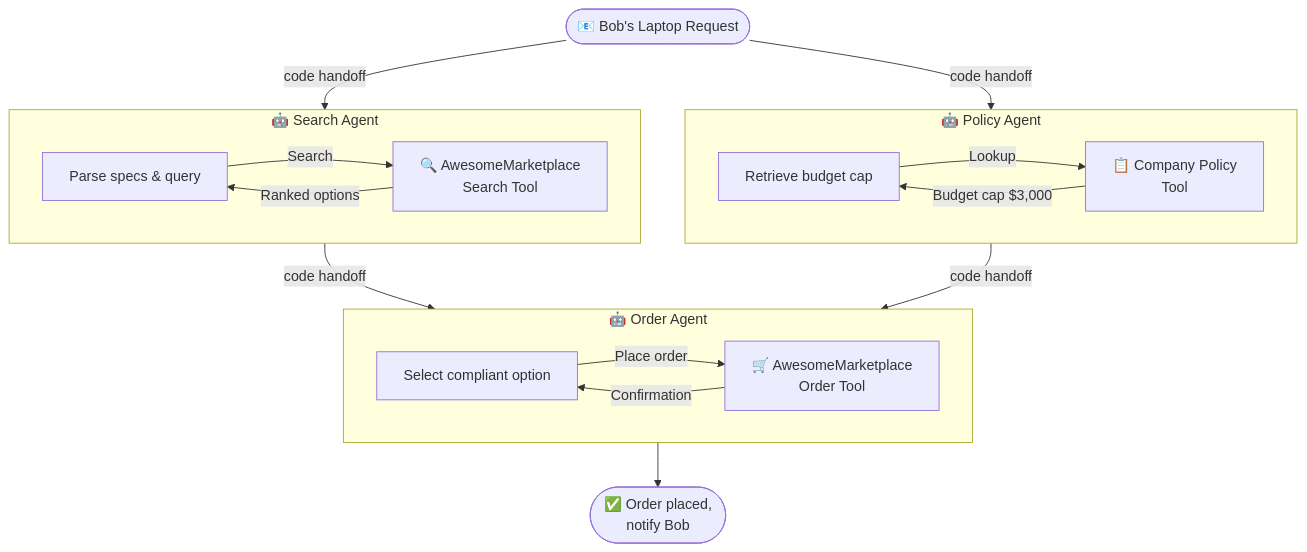
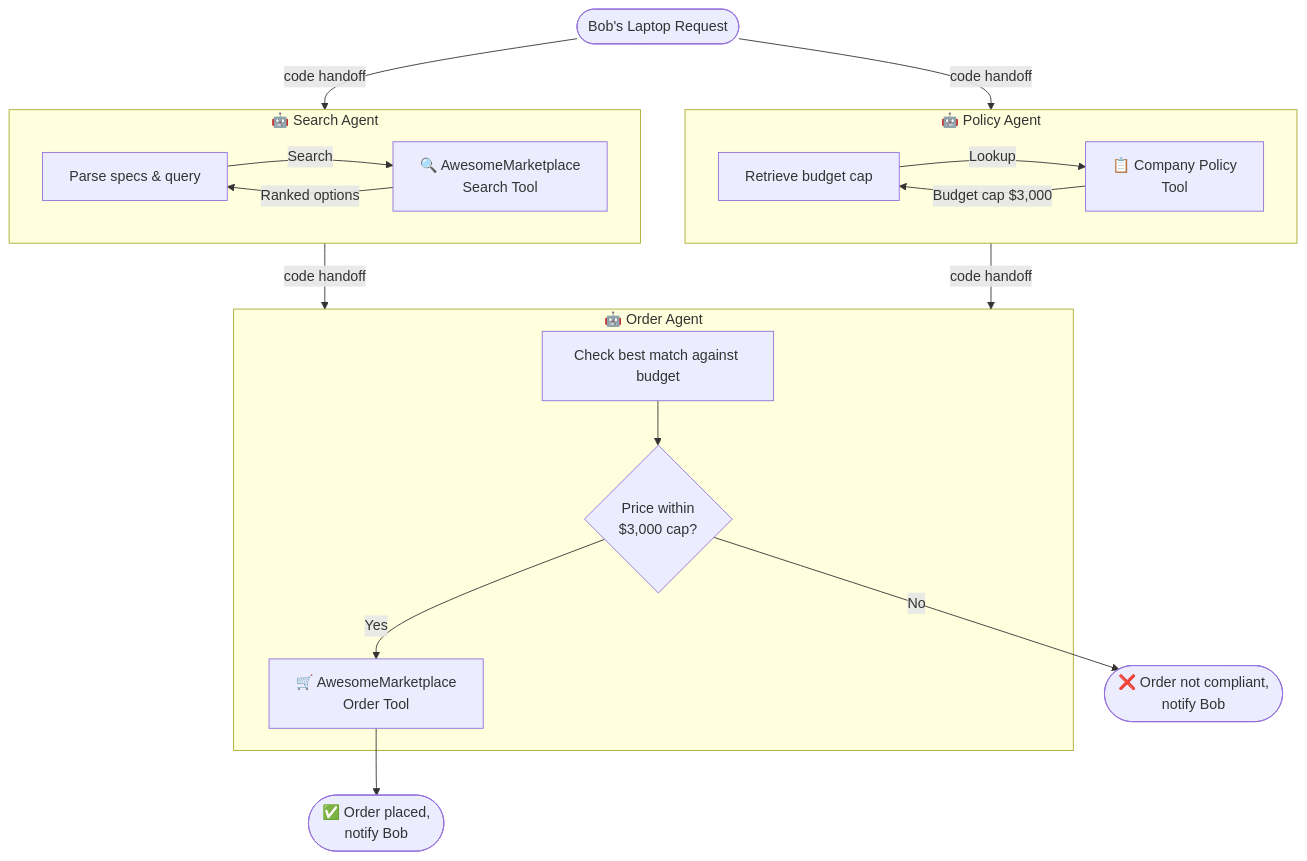
Before and after one commit to FridljDa/FridljDa.github.io: the second of 3 diagrams in src/content/blog/free-form-blog-post.mdx, drawn with Mermaid. The commit also changed other lines of this file, not shown here.

Commit message:
feat: update Mermaid diagrams in free-form blog post for improved clarity and compliance notifications

````diff
--- a/src/content/blog/free-form-blog-post.mdx
+++ b/src/content/blog/free-form-blog-post.mdx
@@ -48,28 +48,31 @@
 ```mermaid
 flowchart TD
-    INPUT([📧 Bob's Laptop Request])
+    INPUT([Bob's Laptop Request])
 
     INPUT -->|code handoff| A1
     INPUT -->|code handoff| A2
 
     subgraph A1 ["🤖 Search Agent"]
         S1[Parse specs & query] -- Search --> T1[🔍 AwesomeMarketplace\nSearch Tool]
         T1 -- Ranked options --> S1
     end
 
     subgraph A2 ["🤖 Policy Agent"]
         P1[Retrieve budget cap] -- Lookup --> T2[📋 Company Policy\nTool]
         T2 -- Budget cap $3,000 --> P1
     end
 
     A1 -->|code handoff| A3
     A2 -->|code handoff| A3
 
     subgraph A3 ["🤖 Order Agent"]
-        O1[Select compliant option] -- Place order --> T3[🛒 AwesomeMarketplace\nOrder Tool]
-        T3 -- Confirmation --> O1
+        O1[Check best match against budget]
+        O1 --> O2{Price within\n$3,000 cap?}
+        O2 -- Yes --> T3[🛒 AwesomeMarketplace\nOrder Tool]
     end
 
-    A3 --> OUT([✅ Order placed,\nnotify Bob])
+    T3 --> OUT1([✅ Order placed,\nnotify Bob])
+    O2 -- No --> OUT2([❌ Order not compliant,\nnotify Bob])
+
 
 ```
````
